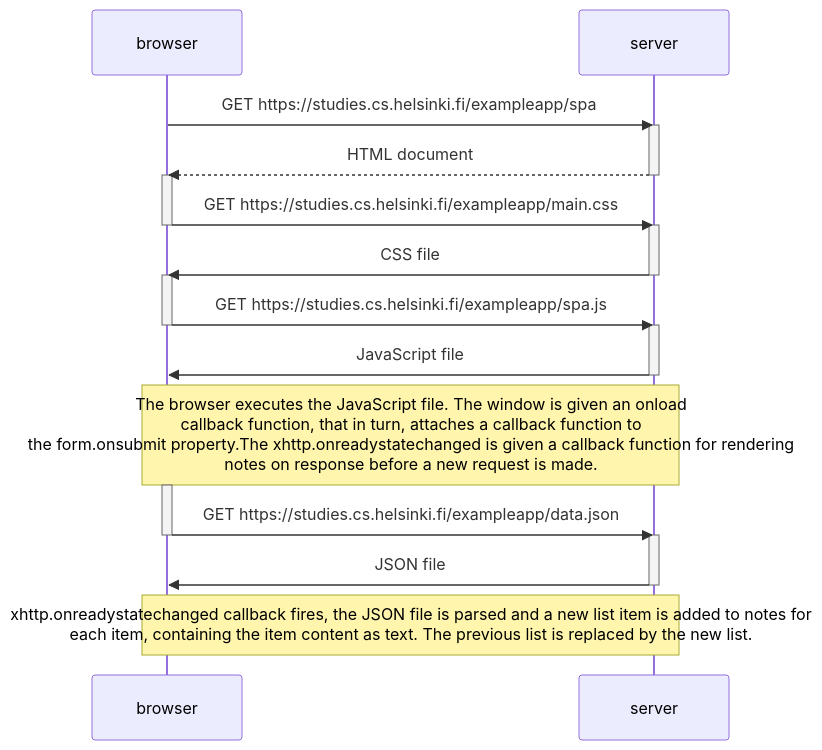
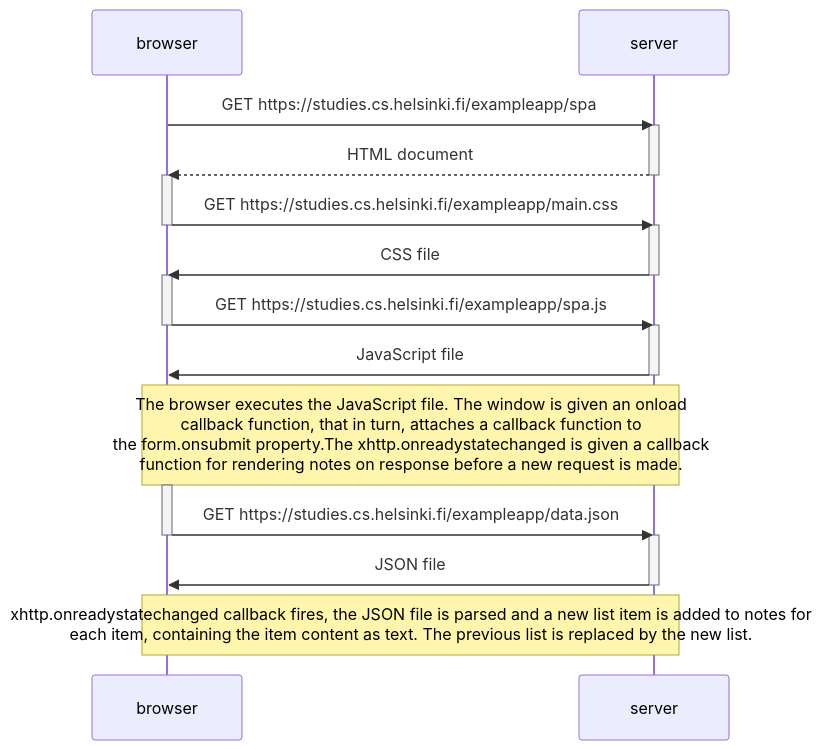
One commit to Willowfang/FullStackOpen changed the second of 2 diagrams in osa0/README.md. Above: the diagram before and after it, drawn with Mermaid.

````diff
--- a/osa0/README.md
+++ b/osa0/README.md
@@ -53,39 +53,39 @@
 ```mermaid
 sequenceDiagram
     participant browser
     participant server
 
     browser->>server: GET https://studies.cs.helsinki.fi/exampleapp/spa
 
     activate server
     server-->>browser: HTML document
     deactivate server
 
     activate browser
     browser->>server: GET https://studies.cs.helsinki.fi/exampleapp/main.css
     deactivate browser
 
     activate server
     server->>browser: CSS file
     deactivate server
 
     activate browser
     browser->>server: GET https://studies.cs.helsinki.fi/exampleapp/spa.js
     deactivate browser
 
     activate server
     server->>browser: JavaScript file
     deactivate server
 
-    Note over browser,server: The browser executes the JavaScript file. The window is given an onload<br/>callback function, that in turn, attaches a callback function to<br/> the form.onsubmit property.The xhttp.onreadystatechanged is given a callback function for rendering<br/> notes on response before a new request is made.
+    Note over browser,server: The browser executes the JavaScript file. The window is given an onload<br/>callback function, that in turn, attaches a callback function to<br/> the form.onsubmit property.The xhttp.onreadystatechanged is given a callback<br/>function for rendering notes on response before a new request is made.
 
     activate browser
     browser->>server: GET https://studies.cs.helsinki.fi/exampleapp/data.json
     deactivate browser
 
     activate server
     server->>browser: JSON file
     deactivate server
 
     Note over browser,server: xhttp.onreadystatechanged callback fires, the JSON file is parsed and a new list item is added to notes for<br/>each item, containing the item content as text. The previous list is replaced by the new list.
 ```
````
